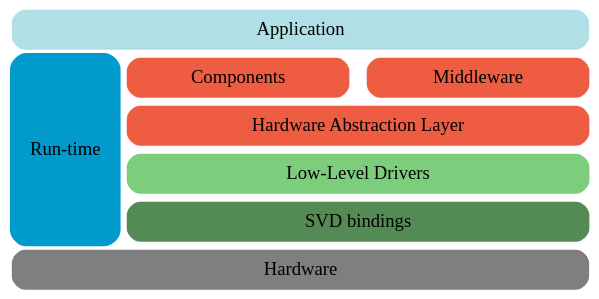
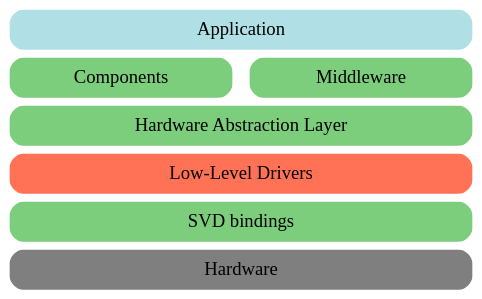
Before and after one commit to Fabien-Chouteau/talks: the diagram in diagrams/ADL_architecture.dot, drawn with Graphviz. The commit also changed 27 other files, not shown here.

```diff
--- a/diagrams/ADL_architecture.dot
+++ b/diagrams/ADL_architecture.dot
@@ -1,16 +1,16 @@
 digraph {
     bgcolor=transparent
     layout=neato
 
     node  [shape=box, style="rounded,filled", width=4.8, height=0.4]
 
-    hw    [color="grey50",       pos="-0.6,0!",  label="Hardware", width=6];
-    svd   [color="palegreen4",   pos="0,0.5!",   label="SVD bindings"];
-    llv   [color="palegreen3",   pos="0,1!",     label="Low-Level Drivers"];
-    hal   [color="tomato2",      pos="0,1.5!",   label="Hardware Abstraction Layer"];
-    comps [color="tomato2",      pos="-1.25,2!", label="Components", width=2.3];
-    mid   [color="tomato2",      pos="1.25,2!",  label="Middleware", width=2.3];
-    RTS   [color="deepskyblue3", pos="-3.05,1.25!", label="Run-time", width=1.05, height=2];
+    hw    [color="grey50",       pos="0,0!",     label="Hardware", width=4.8];
+    svd   [color="palegreen3",   pos="0,0.5!",   label="SVD bindings"];
+    llv   [color="coral1",       pos="0,1!",     label="Low-Level Drivers"];
+    hal   [color="palegreen3",   pos="0,1.5!",   label="Hardware Abstraction Layer"];
+    comps [color="palegreen3",   pos="-1.25,2!", label="Components", width=2.3];
+    mid   [color="palegreen3",   pos="1.25,2!",  label="Middleware", width=2.3];
+    # RTS   [color="deepskyblue3", pos="-3.05,1.25!", label="Run-time", width=1.05, height=2];
 
-    app   [color="powderblue",   pos="-0.6,2.5!",  label="Application", width=6];
+    app   [color="powderblue",   pos="0,2.5!",  label="Application", width=4.8];
 }
```
